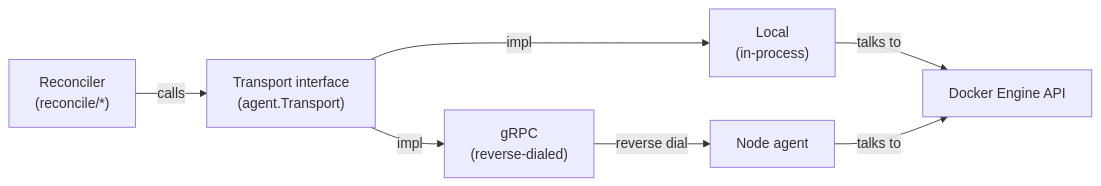
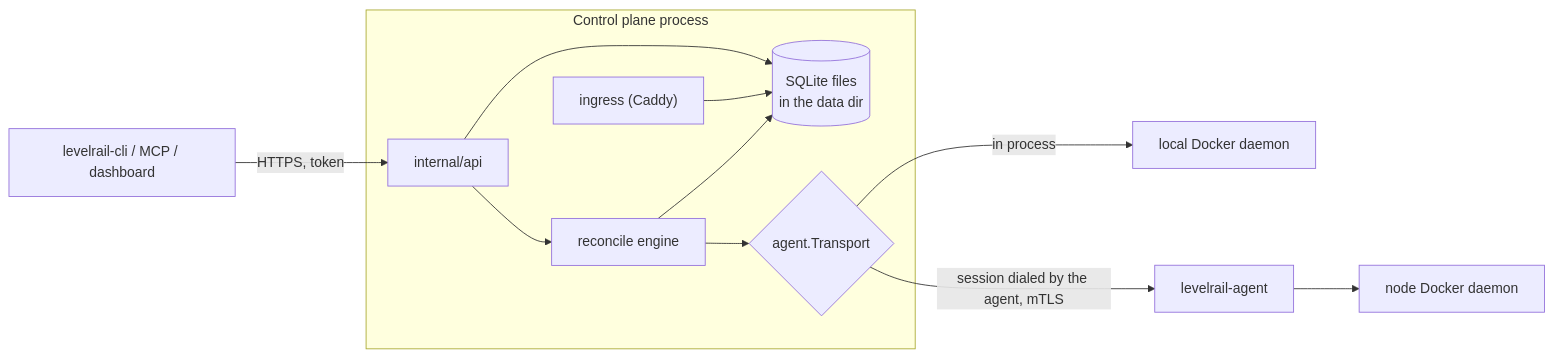
One commit to glincker/levelrail changed the first of 2 diagrams in docs/architecture.md. Above: the diagram before and after it, drawn with Mermaid. The commit also changed other lines of this file and 2 other files, not shown here.

First line of the commit message:
docs: add an architecture overview and a guide to the repo guards

````diff
--- a/docs/architecture.md
+++ b/docs/architecture.md
@@ -48,16 +36,14 @@
 ```mermaid
-graph LR
-  R["Reconciler<br/>(reconcile/*)"]
-  T["Transport interface<br/>(agent.Transport)"]
-  L["Local<br/>(in-process)"]
-  G["gRPC<br/>(reverse-dialed)"]
-  D["Docker Engine API"]
-  A["Node agent"]
-  
-  R -->|calls| T
-  T -->|impl| L
-  T -->|impl| G
-  L -->|talks to| D
-  G -->|reverse dial| A
-  A -->|talks to| D
+flowchart LR
+  CLI["levelrail-cli / MCP / dashboard"] -->|HTTPS, token| API
+  subgraph CP["Control plane process"]
+    API["internal/api"] --> ST[("SQLite files<br/>in the data dir")]
+    API --> ENG["reconcile engine"]
+    ENG --> ST
+    ENG --> TR{"agent.Transport"}
+    ING["ingress (Caddy)"] --> ST
+  end
+  TR -->|in process| D1["local Docker daemon"]
+  TR -->|session dialed by the agent, mTLS| AG["levelrail-agent"]
+  AG --> D2["node Docker daemon"]
 ```
````
